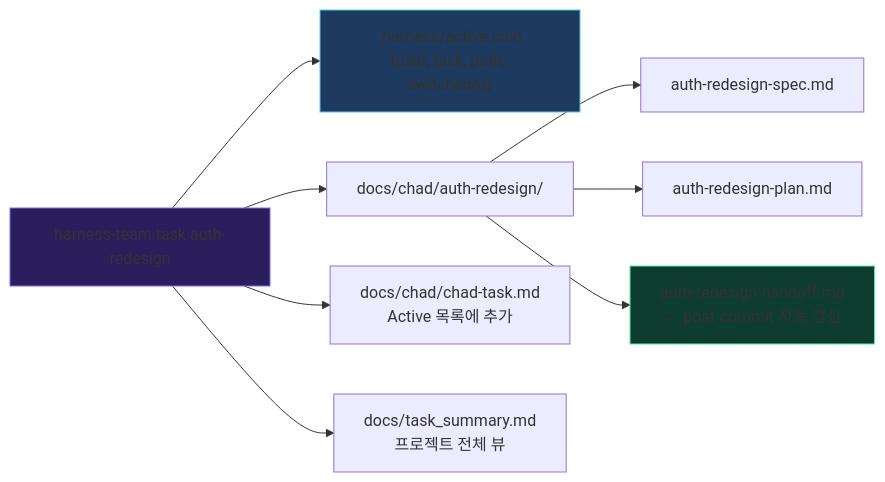
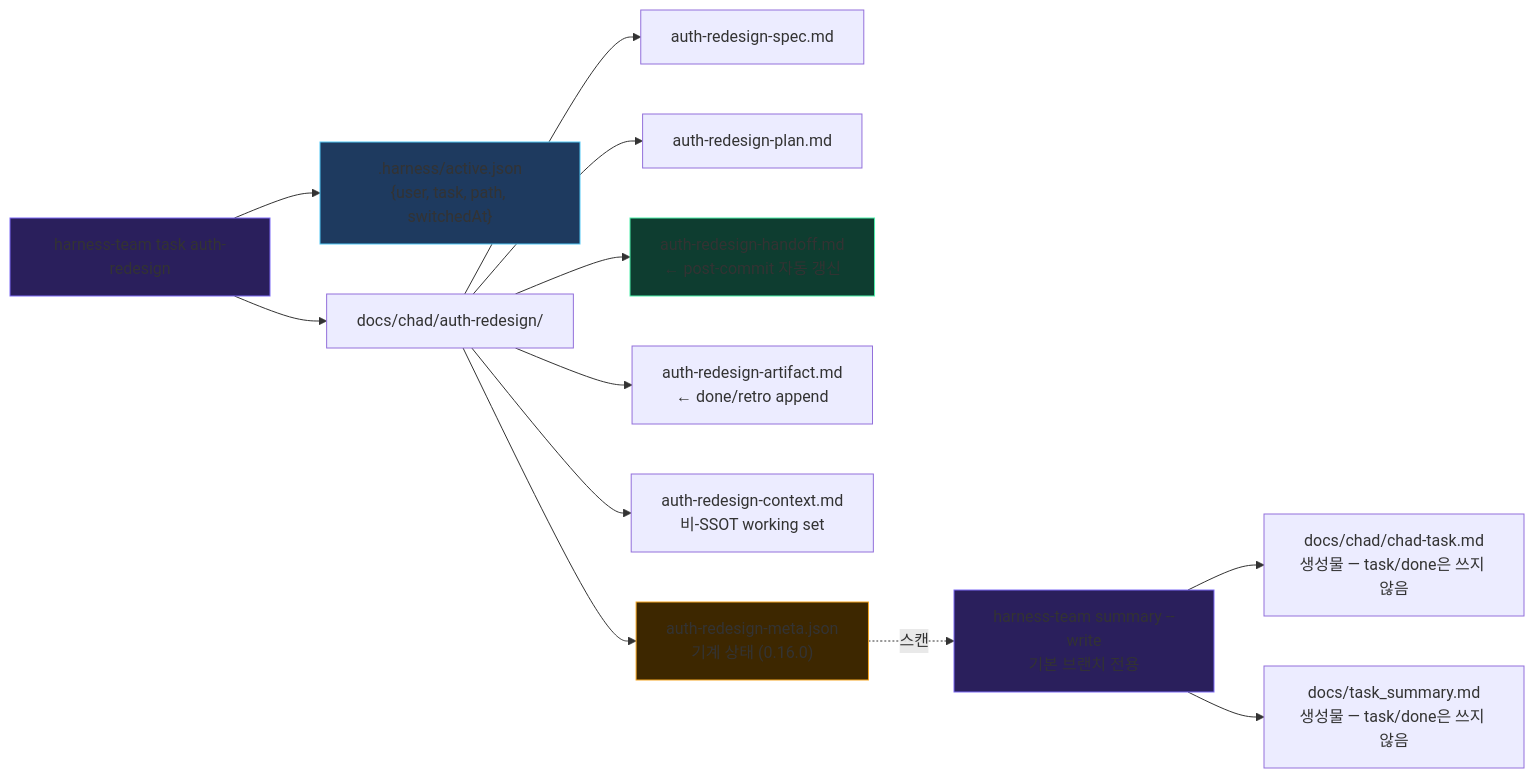
Before and after one commit to bd-makers/team-harness: the diagram in docs/diagrams/harness-overview/task-files.mmd, drawn with Mermaid. The commit also changed 10 other files, not shown here.

```diff
--- a/docs/diagrams/harness-overview/task-files.mmd
+++ b/docs/diagrams/harness-overview/task-files.mmd
@@ -1,12 +1,18 @@
 graph LR
     CMD["harness-team task auth-redesign"] --> ACTIVE[".harness/active.json\n{user, task, path, switchedAt}"]
     CMD --> DIR["docs/chad/auth-redesign/"]
     DIR --> SP["auth-redesign-spec.md"]
     DIR --> PL["auth-redesign-plan.md"]
     DIR --> HO["auth-redesign-handoff.md\n← post-commit 자동 갱신"]
-    CMD --> IDX["docs/chad/chad-task.md\nActive 목록에 추가"]
-    CMD --> SUM["docs/task_summary.md\n프로젝트 전체 뷰"]
+    DIR --> AR["auth-redesign-artifact.md\n← done/retro append"]
+    DIR --> CX["auth-redesign-context.md\n비-SSOT working set"]
+    DIR --> MT["auth-redesign-meta.json\n기계 상태 (0.16.0)"]
+    MT -.->|스캔| SUMCMD["harness-team summary --write\n기본 브랜치 전용"]
+    SUMCMD --> IDX["docs/chad/chad-task.md\n생성물 — task/done은 쓰지 않음"]
+    SUMCMD --> SUM["docs/task_summary.md\n생성물 — task/done은 쓰지 않음"]
 
     style CMD fill:#2a1f5c,stroke:#7c6af5
     style ACTIVE fill:#1e3a5f,stroke:#50c8f5
     style HO fill:#0e3d30,stroke:#4df0aa
+    style MT fill:#3d2700,stroke:#f5a623
+    style SUMCMD fill:#2a1f5c,stroke:#7c6af5
```
